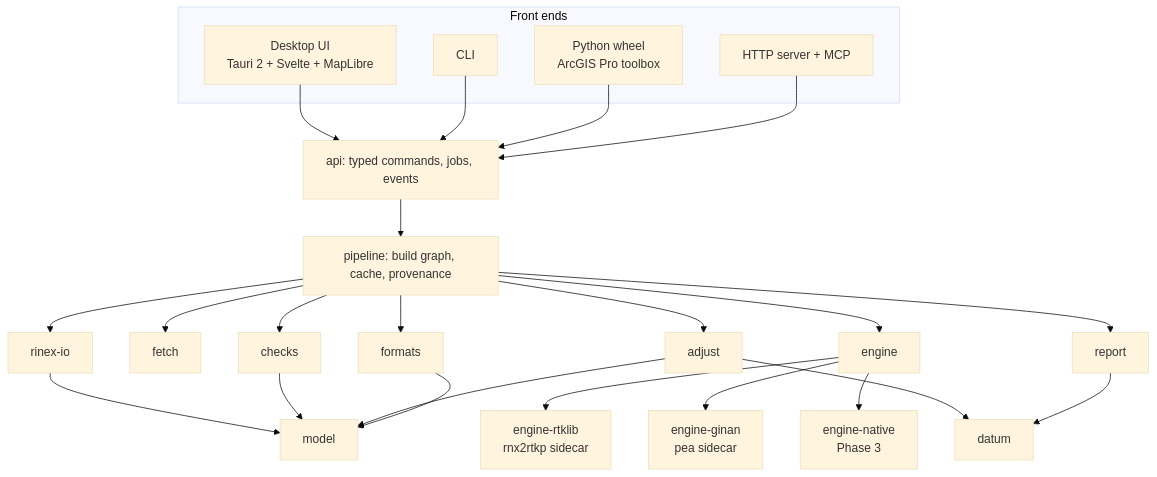
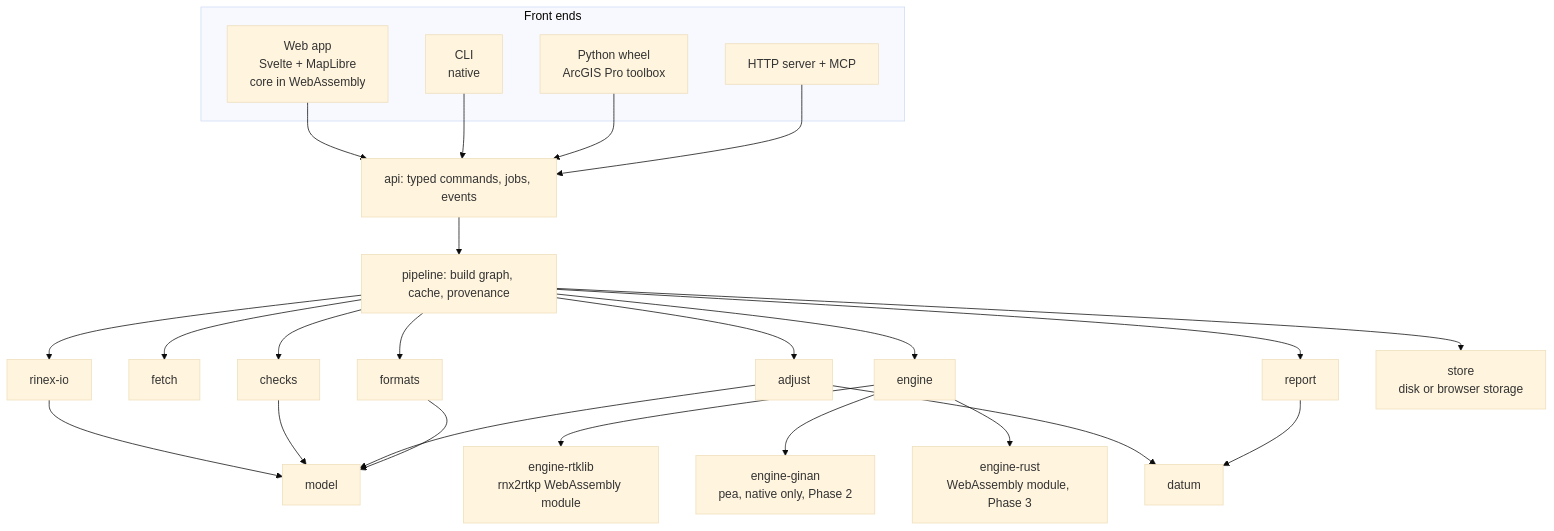
One commit to chrislandvogt/GNSS changed the first of 2 diagrams in docs/ARCHITECTURE.md. Above: the diagram before and after it, drawn with Mermaid (base theme). The commit also changed other lines of this file and 6 other files, not shown here.

````diff
--- a/docs/ARCHITECTURE.md
+++ b/docs/ARCHITECTURE.md
@@ -9,31 +16,32 @@
 ```mermaid
 flowchart TB
   subgraph FE[Front ends]
-    UI["Desktop UI<br/>Tauri 2 + Svelte + MapLibre"]
-    CLI[CLI]
+    UI["Web app<br/>Svelte + MapLibre<br/>core in WebAssembly"]
+    CLI["CLI<br/>native"]
     PY["Python wheel<br/>ArcGIS Pro toolbox"]
     SRV["HTTP server + MCP"]
   end
   API["api: typed commands, jobs, events"]
   UI --> API
   CLI --> API
   PY --> API
   SRV --> API
   API --> PIPE["pipeline: build graph, cache, provenance"]
   PIPE --> RIO[rinex-io]
   PIPE --> FETCH[fetch]
   PIPE --> CHK[checks]
   PIPE --> ENG[engine]
   PIPE --> ADJ[adjust]
   PIPE --> REP[report]
   PIPE --> FMT[formats]
-  ENG --> RTK["engine-rtklib<br/>rnx2rtkp sidecar"]
-  ENG --> GIN["engine-ginan<br/>pea sidecar"]
-  ENG --> NAT["engine-native<br/>Phase 3"]
+  PIPE --> STO["store<br/>disk or browser storage"]
+  ENG --> RTK["engine-rtklib<br/>rnx2rtkp WebAssembly module"]
+  ENG --> GIN["engine-ginan<br/>pea, native only, Phase 2"]
+  ENG --> OWN["engine-rust<br/>WebAssembly module, Phase 3"]
   ADJ --> DAT[datum]
   REP --> DAT
   RIO --> MOD[model]
   CHK --> MOD
   ADJ --> MOD
   FMT --> MOD
 ```
````
